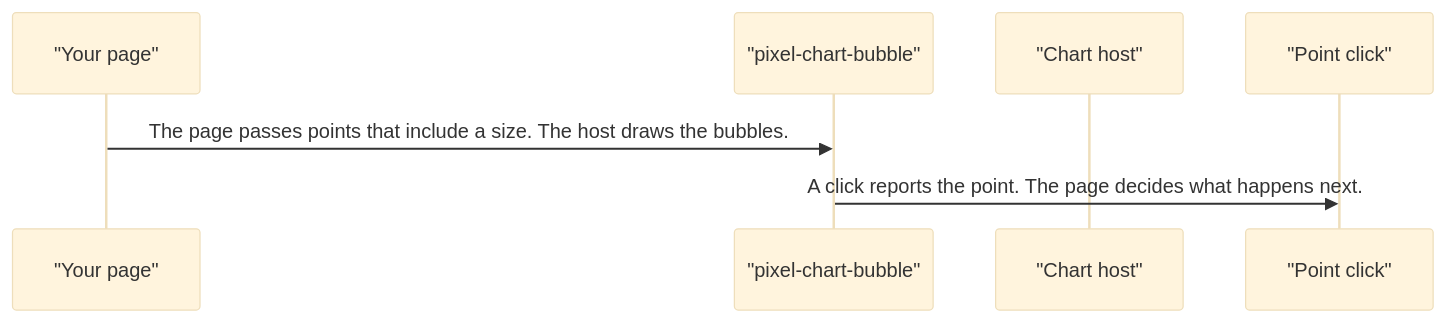
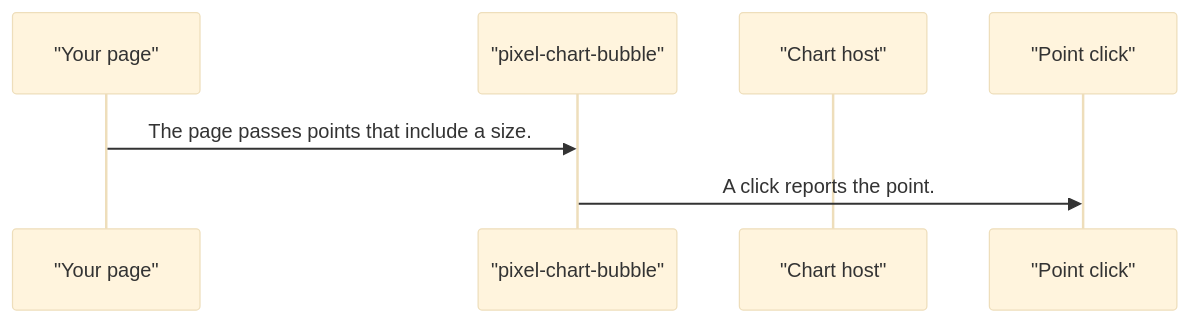
Before and after one commit to RajshekharBorate/pixel-ui: the fifth of 5 diagrams in projects/pixel-ui/src/lib/pixel-chart-bubble/DESIGN.md, drawn with Mermaid (base theme). The commit also changed other lines of this file and 80 other files, not shown here.

Commit message:
Fill missing design flows and correct the stories that did not match component behavior.

````diff
--- a/projects/pixel-ui/src/lib/pixel-chart-bubble/DESIGN.md
+++ b/projects/pixel-ui/src/lib/pixel-chart-bubble/DESIGN.md
@@ -93,9 +93,9 @@
 ```mermaid
 sequenceDiagram
   participant page as "Your page"
   participant plot as "pixel-chart-bubble"
   participant host as "Chart host"
   participant click as "Point click"
-  page->>plot: The page passes points that include a size. The host draws the bubbles.
-  plot->>click: A click reports the point. The page decides what happens next.
+  page->>plot: The page passes points that include a size.
+  plot->>click: A click reports the point.
 ```
````
